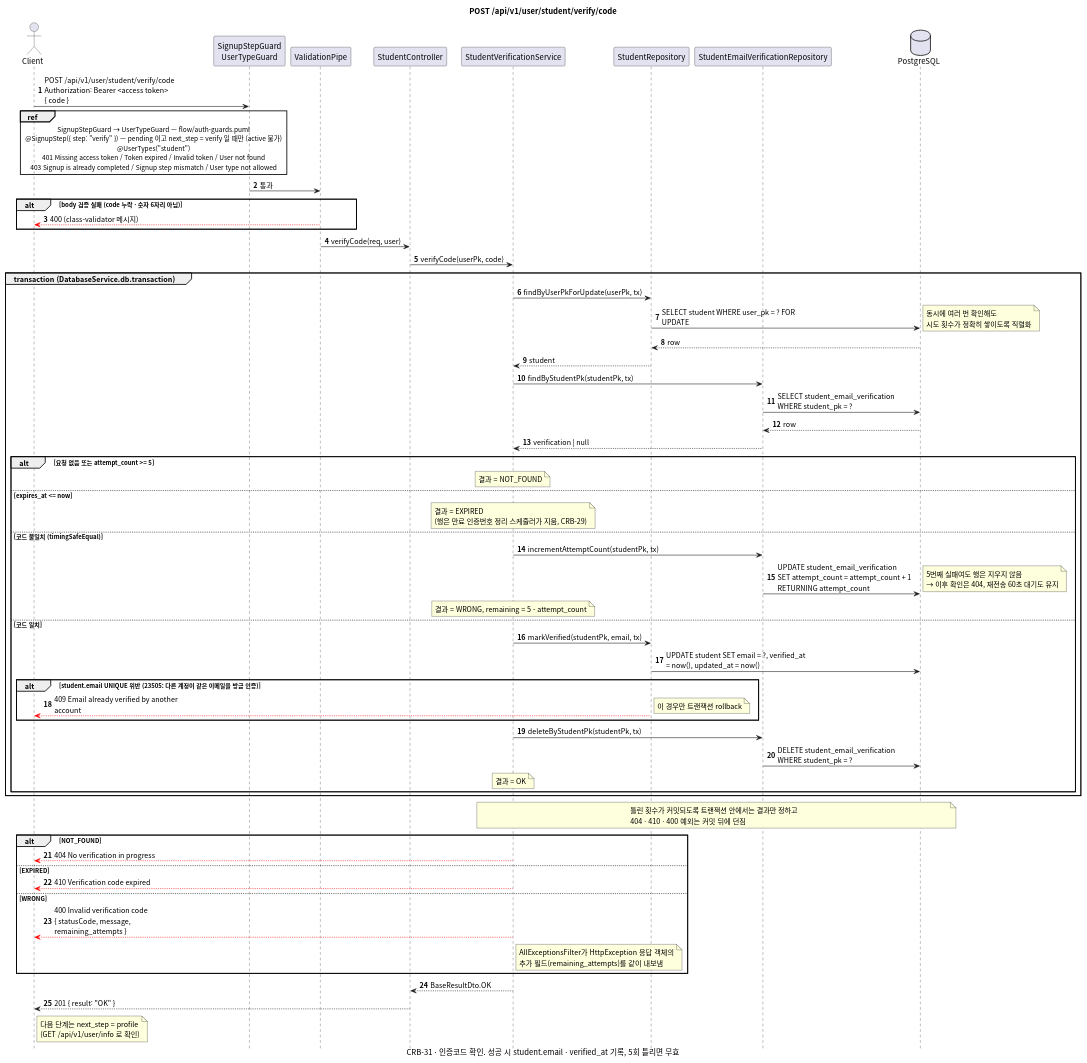
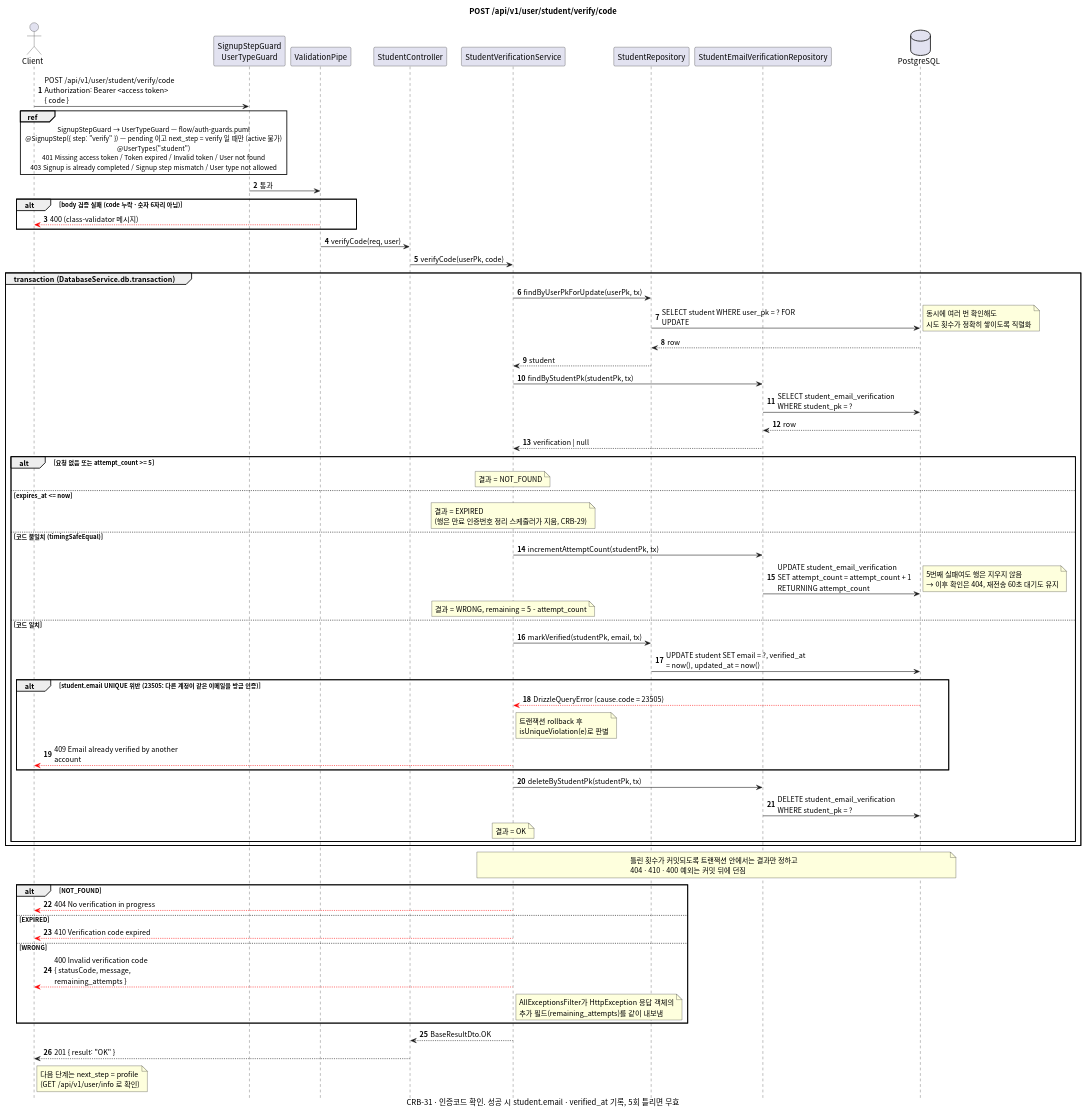
The diagram in docs/sequence/student/post-verify-code.puml (gsainfoteam/cheers-be), drawn with PlantUML before and after one commit. The commit also changed 1 other file, not shown here.

Commit message:
- docs: sync student sequence diagrams with implementation

```diff
--- a/docs/sequence/student/post-verify-code.puml
+++ b/docs/sequence/student/post-verify-code.puml
@@ -1,95 +1,96 @@
 @startuml post-verify-code
 skinparam defaultFontName "Apple SD Gothic Neo", "Noto Sans CJK KR", sans-serif
 skinparam responseMessageBelowArrow true
 skinparam sequenceMessageAlign left
 skinparam maxMessageSize 260
 skinparam BoxPadding 8
 skinparam shadowing false
 autonumber
 hide footbox
 
 title POST /api/v1/user/student/verify/code
 caption CRB-31 · 인증코드 확인. 성공 시 student.email · verified_at 기록, 5회 틀리면 무효
 
 actor Client
 participant "SignupStepGuard\nUserTypeGuard" as Guard
 participant "ValidationPipe" as Pipe
 participant "StudentController" as Controller
 participant "StudentVerificationService" as Service
 participant "StudentRepository" as StudentRepository
 participant "StudentEmailVerificationRepository" as VerificationRepository
 database PostgreSQL
 
 Client -> Guard: POST /api/v1/user/student/verify/code\nAuthorization: Bearer <access token>\n{ code }
 ref over Client, Guard
   SignupStepGuard → UserTypeGuard — flow/auth-guards.puml
   @SignupStep({ step: "verify" }) — pending 이고 next_step = verify 일 때만 (active 불가)
   @UserTypes("student")
   401 Missing access token / Token expired / Invalid token / User not found
   403 Signup is already completed / Signup step mismatch / User type not allowed
 end ref
 Guard -> Pipe: 통과
 alt body 검증 실패 (code 누락 · 숫자 6자리 아님)
   Pipe -[#red]-> Client: 400 (class-validator 메시지)
 end
 Pipe -> Controller: verifyCode(req, user)
 Controller -> Service: verifyCode(userPk, code)
 
 group transaction (DatabaseService.db.transaction)
   Service -> StudentRepository: findByUserPkForUpdate(userPk, tx)
   StudentRepository -> PostgreSQL: SELECT student WHERE user_pk = ? FOR UPDATE
   note right: 동시에 여러 번 확인해도\n시도 횟수가 정확히 쌓이도록 직렬화
   PostgreSQL --> StudentRepository: row
   StudentRepository --> Service: student
 
   Service -> VerificationRepository: findByStudentPk(studentPk, tx)
   VerificationRepository -> PostgreSQL: SELECT student_email_verification WHERE student_pk = ?
   PostgreSQL --> VerificationRepository: row
   VerificationRepository --> Service: verification | null
 
   alt 요청 없음 또는 attempt_count >= 5
     note over Service: 결과 = NOT_FOUND
   else expires_at <= now
     note over Service: 결과 = EXPIRED\n(행은 만료 인증번호 정리 스케줄러가 지움, CRB-29)
   else 코드 불일치 (timingSafeEqual)
     Service -> VerificationRepository: incrementAttemptCount(studentPk, tx)
     VerificationRepository -> PostgreSQL: UPDATE student_email_verification\nSET attempt_count = attempt_count + 1 RETURNING attempt_count
     note right
       5번째 실패여도 행은 지우지 않음
       → 이후 확인은 404, 재전송 60초 대기도 유지
     end note
     note over Service: 결과 = WRONG, remaining = 5 - attempt_count
   else 코드 일치
     Service -> StudentRepository: markVerified(studentPk, email, tx)
     StudentRepository -> PostgreSQL: UPDATE student SET email = ?, verified_at = now(), updated_at = now()
     alt student.email UNIQUE 위반 (23505: 다른 계정이 같은 이메일을 방금 인증)
-      StudentRepository -[#red]-> Client: 409 Email already verified by another account
-      note right: 이 경우만 트랜잭션 rollback
+      PostgreSQL -[#red]-> Service: DrizzleQueryError (cause.code = 23505)
+      note right of Service: 트랜잭션 rollback 후\nisUniqueViolation(e)로 판별
+      Service -[#red]-> Client: 409 Email already verified by another account
     end
     Service -> VerificationRepository: deleteByStudentPk(studentPk, tx)
     VerificationRepository -> PostgreSQL: DELETE student_email_verification WHERE student_pk = ?
     note over Service: 결과 = OK
   end
 end
 note over Service, PostgreSQL
   틀린 횟수가 커밋되도록 트랜잭션 안에서는 결과만 정하고
   404 · 410 · 400 예외는 커밋 뒤에 던짐
 end note
 
 alt NOT_FOUND
   Service -[#red]-> Client: 404 No verification in progress
 else EXPIRED
   Service -[#red]-> Client: 410 Verification code expired
 else WRONG
   Service -[#red]-> Client: 400 Invalid verification code\n{ statusCode, message, remaining_attempts }
   note right of Service
     AllExceptionsFilter가 HttpException 응답 객체의
     추가 필드(remaining_attempts)를 같이 내보냄
   end note
 end
 
 Service --> Controller: BaseResultDto.OK
 Controller --> Client: 201 { result: "OK" }
 note right of Client: 다음 단계는 next_step = profile\n(GET /api/v1/user/info 로 확인)
 
 @enduml
```
